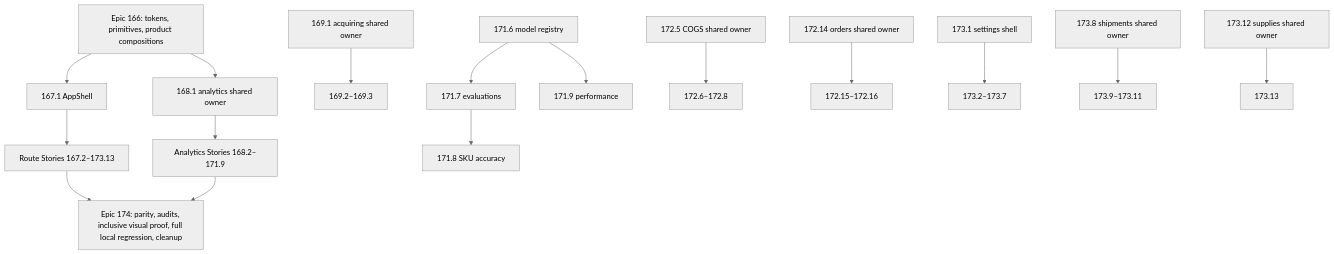
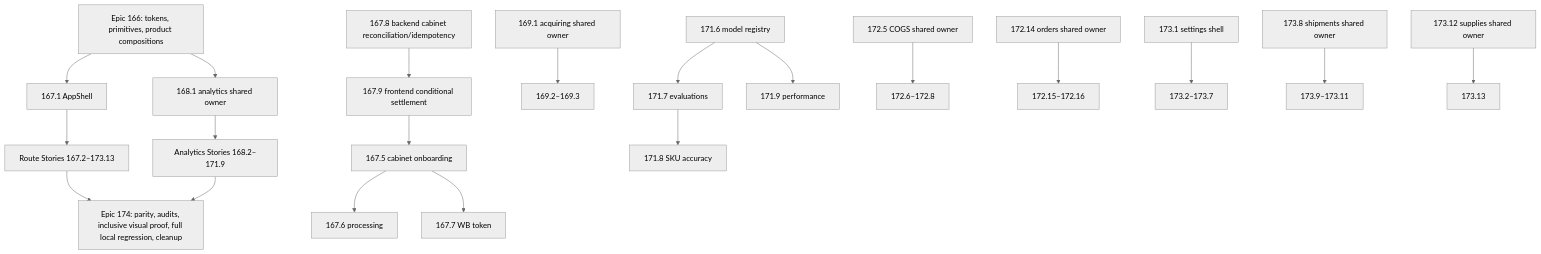
One commit to salacoste/wb-erp-system-daytona-FE changed the diagram in .omx/plans/shadcn-full-ui-migration-master.md. Above: the diagram before and after it, drawn with Mermaid (neutral theme). The commit also changed other lines of this file and 13 other files, not shown here.

First line of the commit message:
docs(planning): approve cabinet settlement prerequisite DAG

````diff
--- a/.omx/plans/shadcn-full-ui-migration-master.md
+++ b/.omx/plans/shadcn-full-ui-migration-master.md
@@ -48,18 +49,22 @@
 ```mermaid
 flowchart TD
   E166["Epic 166: tokens, primitives, product compositions"] --> S1671["167.1 AppShell"]
   E166 --> S1681["168.1 analytics shared owner"]
   S1671 --> ROUTES["Route Stories 167.2–173.13"]
+  S1678["167.8 backend cabinet reconciliation/idempotency"] --> S1679["167.9 frontend conditional settlement"]
+  S1679 --> S1675["167.5 cabinet onboarding"]
+  S1675 --> S1676["167.6 processing"]
+  S1675 --> S1677["167.7 WB token"]
   S1681 --> ANALYTICS["Analytics Stories 168.2–171.9"]
   R1691["169.1 acquiring shared owner"] --> R16923["169.2–169.3"]
   R1716["171.6 model registry"] --> R1717["171.7 evaluations"]
   R1716 --> R1719["171.9 performance"]
   R1717 --> R1718["171.8 SKU accuracy"]
   R1725["172.5 COGS shared owner"] --> R17268["172.6–172.8"]
   R17214["172.14 orders shared owner"] --> R1721516["172.15–172.16"]
   R1731["173.1 settings shell"] --> R17327["173.2–173.7"]
   R1738["173.8 shipments shared owner"] --> R173911["173.9–173.11"]
   R17312["173.12 supplies shared owner"] --> R17313["173.13"]
   ROUTES --> E174["Epic 174: parity, audits, inclusive visual proof, full local regression, cleanup"]
   ANALYTICS --> E174
 ```
````
